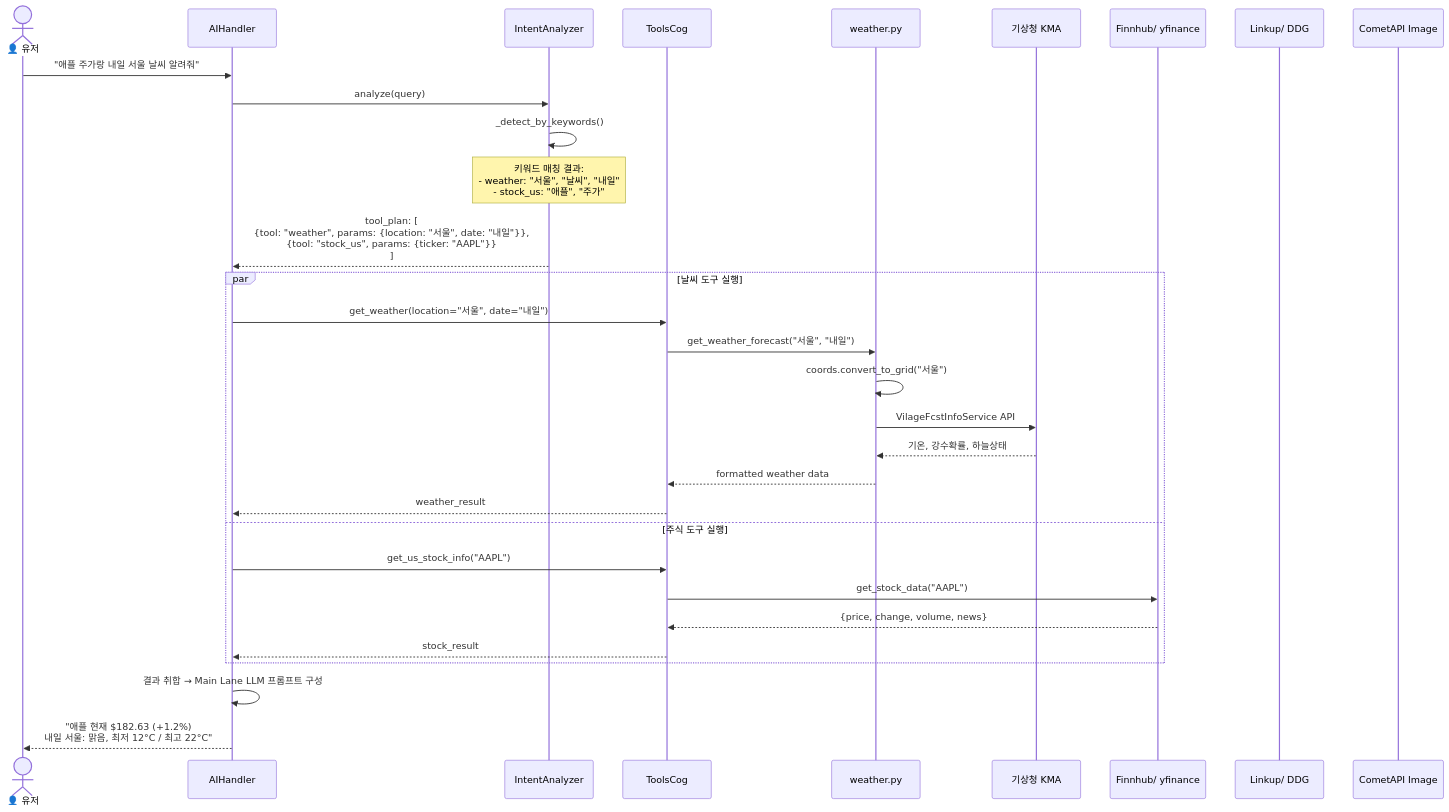
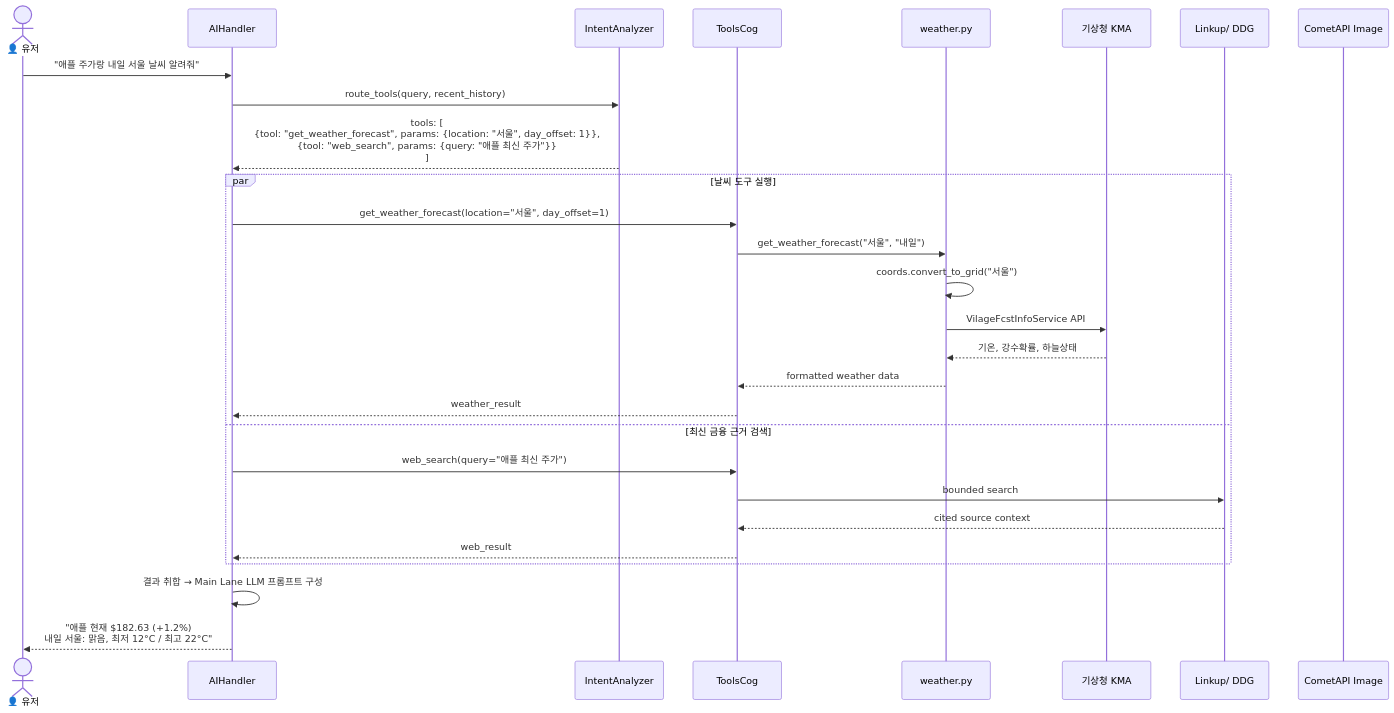
The eighth of 15 diagrams in docs/UML_SPEC.ko.md (kim0040/masamong), drawn with Mermaid before and after one commit. The commit also changed other lines of this file and 30 other files, not shown here.

````diff
--- a/docs/UML_SPEC.ko.md
+++ b/docs/UML_SPEC.ko.md
@@ -577,38 +577,33 @@
 ```mermaid
 sequenceDiagram
     actor User as 👤 유저
     participant AI as AIHandler
     participant Intent as IntentAnalyzer
     participant Tools as ToolsCog
     participant Weather as weather.py
     participant KMA as 기상청 KMA
-    participant Finance as Finnhub/ yfinance
     participant Search as Linkup/ DDG
     participant Image as CometAPI Image
 
     User->>AI: "애플 주가랑 내일 서울 날씨 알려줘"
-    AI->>Intent: analyze(query)
-
-    Intent->>Intent: _detect_by_keywords()
-    Note over Intent: 키워드 매칭 결과:<br/>- weather: "서울", "날씨", "내일"<br/>- stock_us: "애플", "주가"
-
-    Intent-->>AI: tool_plan: [<br/>  {tool: "weather", params: {location: "서울", date: "내일"}},<br/>  {tool: "stock_us", params: {ticker: "AAPL"}}<br/>]
+    AI->>Intent: route_tools(query, recent_history)
+    Intent-->>AI: tools: [<br/>  {tool: "get_weather_forecast", params: {location: "서울", day_offset: 1}},<br/>  {tool: "web_search", params: {query: "애플 최신 주가"}}<br/>]
 
     par 날씨 도구 실행
-        AI->>Tools: get_weather(location="서울", date="내일")
+        AI->>Tools: get_weather_forecast(location="서울", day_offset=1)
         Tools->>Weather: get_weather_forecast("서울", "내일")
         Weather->>Weather: coords.convert_to_grid("서울")
         Weather->>KMA: VilageFcstInfoService API
         KMA-->>Weather: 기온, 강수확률, 하늘상태
         Weather-->>Tools: formatted weather data
         Tools-->>AI: weather_result
-    and 주식 도구 실행
-        AI->>Tools: get_us_stock_info("AAPL")
-        Tools->>Finance: get_stock_data("AAPL")
-        Finance-->>Tools: {price, change, volume, news}
-        Tools-->>AI: stock_result
+    and 최신 금융 근거 검색
+        AI->>Tools: web_search(query="애플 최신 주가")
+        Tools->>Search: bounded search
+        Search-->>Tools: cited source context
+        Tools-->>AI: web_result
     end
 
     AI->>AI: 결과 취합 → Main Lane LLM 프롬프트 구성
     AI-->>User: "애플 현재 $182.63 (+1.2%)<br/>내일 서울: 맑음, 최저 12°C / 최고 22°C"
 ```
````
